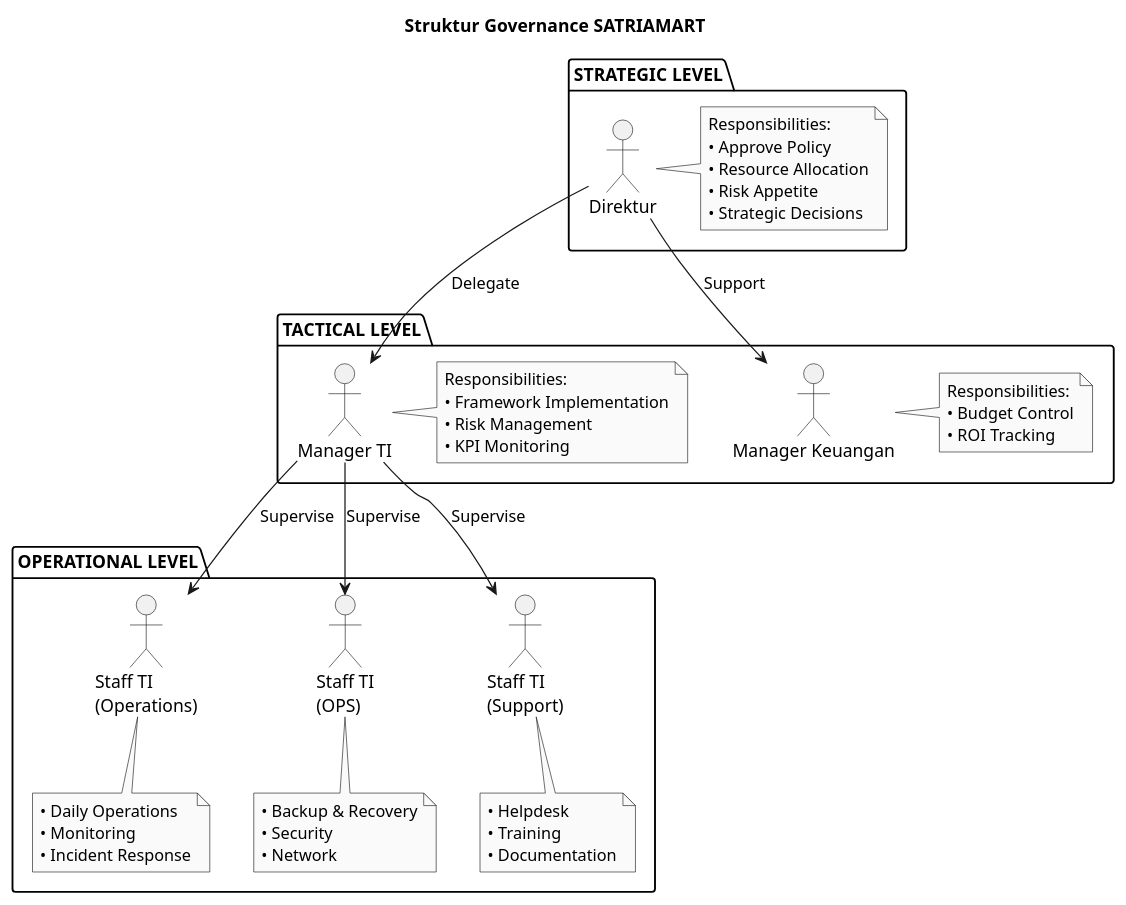
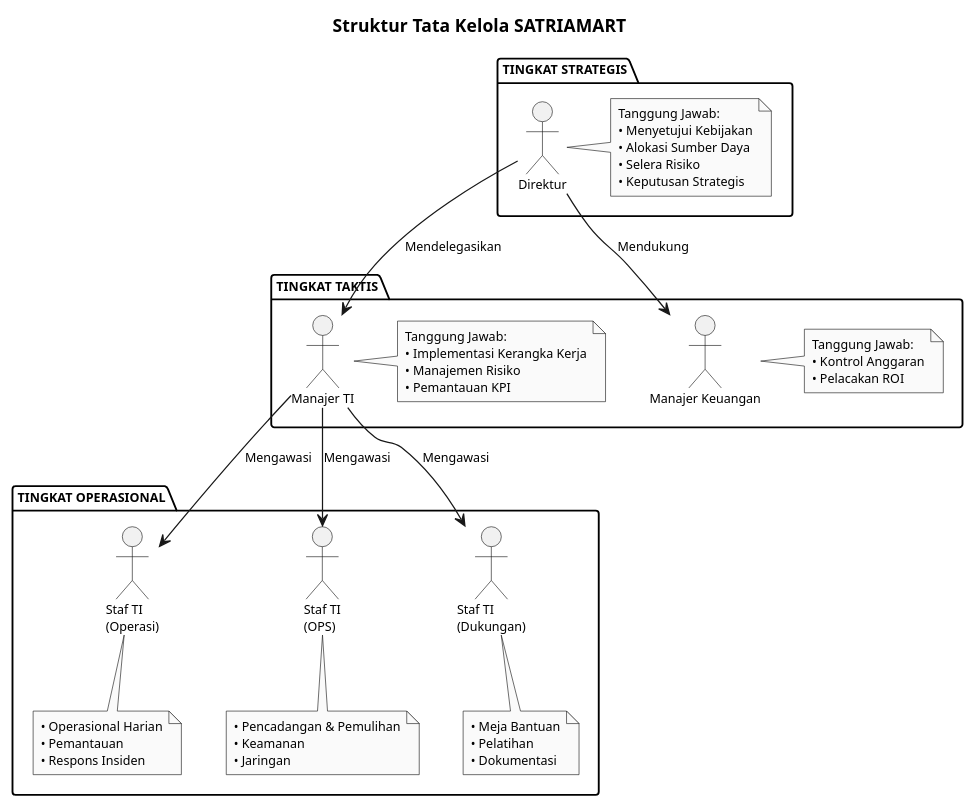
One commit to roqianjas/unm-s7 changed the diagram in tugas-selesai/03_it_governance/tugas_akhir/plantuml/gambar_2a_struktur_governance.puml. Above: the diagram before and after it, drawn with PlantUML. The commit also changed 8 other files, not shown here.

First line of the commit message:
docs(it-governance): update final thesis document with translations and diagram refinements

```diff
--- a/tugas-selesai/03_it_governance/tugas_akhir/plantuml/gambar_2a_struktur_governance.puml
+++ b/tugas-selesai/03_it_governance/tugas_akhir/plantuml/gambar_2a_struktur_governance.puml
@@ -1,69 +1,73 @@
 @startuml Struktur_Governance_SATRIAMART
 skinparam monochrome true
 skinparam backgroundColor #FFFFFF
 skinparam defaultFontName Arial
+skinparam defaultFontSize 10
 skinparam shadowing false
+skinparam rectanglePadding 20
+skinparam rectangleBorderThickness 1
+skinparam ArrowThickness 1
 
-title Struktur Governance SATRIAMART
+title Struktur Tata Kelola SATRIAMART
 
-package "STRATEGIC LEVEL" {
+package "TINGKAT STRATEGIS" {
     actor "Direktur" as DIR
     note right of DIR
-        Responsibilities:
-        • Approve Policy
-        • Resource Allocation
-        • Risk Appetite
-        • Strategic Decisions
+        Tanggung Jawab:
+        • Menyetujui Kebijakan
+        • Alokasi Sumber Daya
+        • Selera Risiko
+        • Keputusan Strategis
     end note
 }
 
-package "TACTICAL LEVEL" {
-    actor "Manager TI" as MGRTI
-    actor "Manager Keuangan" as MGRFIN
+package "TINGKAT TAKTIS" {
+    actor "Manajer TI" as MGRTI
+    actor "Manajer Keuangan" as MGRFIN
     
     note right of MGRTI
-        Responsibilities:
-        • Framework Implementation
-        • Risk Management
-        • KPI Monitoring
+        Tanggung Jawab:
+        • Implementasi Kerangka Kerja
+        • Manajemen Risiko
+        • Pemantauan KPI
     end note
     
     note right of MGRFIN
-        Responsibilities:
-        • Budget Control
-        • ROI Tracking
+        Tanggung Jawab:
+        • Kontrol Anggaran
+        • Pelacakan ROI
     end note
 }
 
-package "OPERATIONAL LEVEL" {
-    actor "Staff TI\n(Operations)" as STAFF1
-    actor "Staff TI\n(OPS)" as STAFF2
-    actor "Staff TI\n(Support)" as STAFF3
+package "TINGKAT OPERASIONAL" {
+    actor "Staf TI\n(Operasi)" as STAFF1
+    actor "Staf TI\n(OPS)" as STAFF2
+    actor "Staf TI\n(Dukungan)" as STAFF3
     
     note bottom of STAFF1
-        • Daily Operations
-        • Monitoring
-        • Incident Response
+        • Operasional Harian
+        • Pemantauan
+        • Respons Insiden
     end note
     
     note bottom of STAFF2
-        • Backup & Recovery
-        • Security
-        • Network
+        • Pencadangan & Pemulihan
+        • Keamanan
+        • Jaringan
     end note
     
     note bottom of STAFF3
-        • Helpdesk
-        • Training
-        • Documentation
+        • Meja Bantuan
+        • Pelatihan
+        • Dokumentasi
     end note
 }
 
-DIR -down-> MGRTI : Delegate
-DIR -down-> MGRFIN : Support
+DIR -down-> MGRTI : Mendelegasikan
+DIR -down-> MGRFIN : Mendukung
 
-MGRTI -down-> STAFF1 : Supervise
-MGRTI -down-> STAFF2 : Supervise
-MGRTI -down-> STAFF3 : Supervise
+MGRTI -down-> STAFF1 : Mengawasi
+MGRTI -down-> STAFF2 : Mengawasi
+MGRTI -down-> STAFF3 : Mengawasi
 
 @enduml
```
